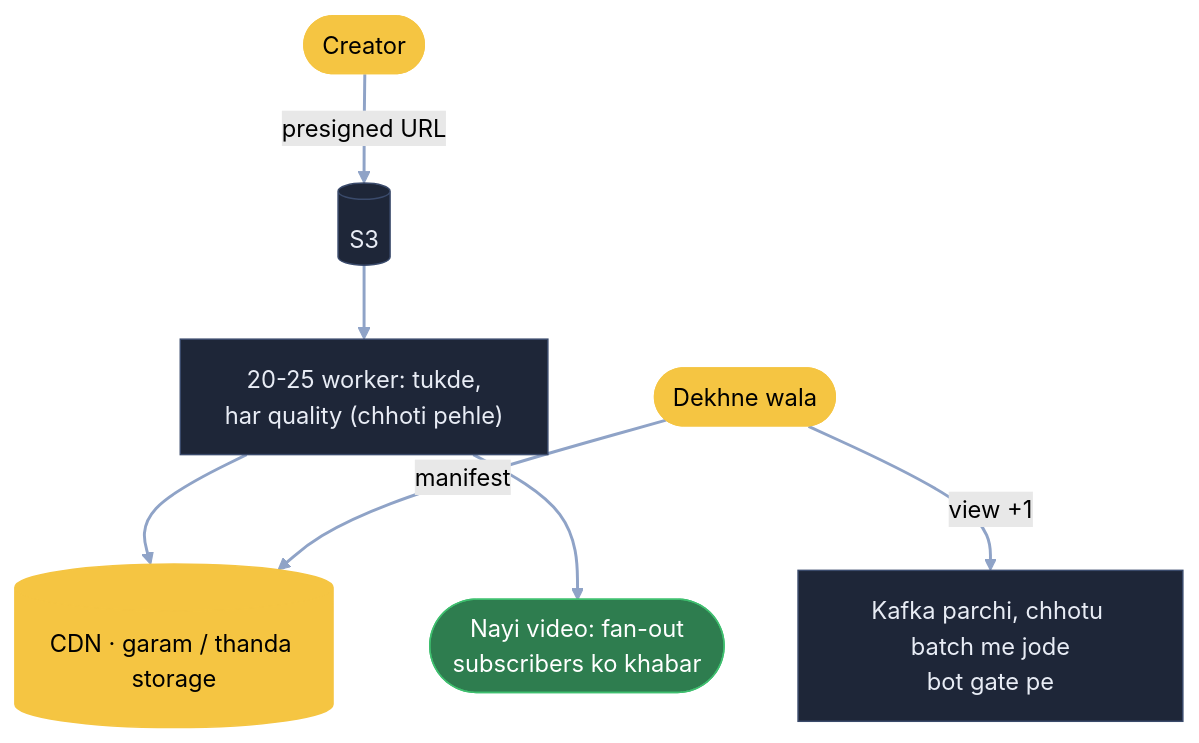
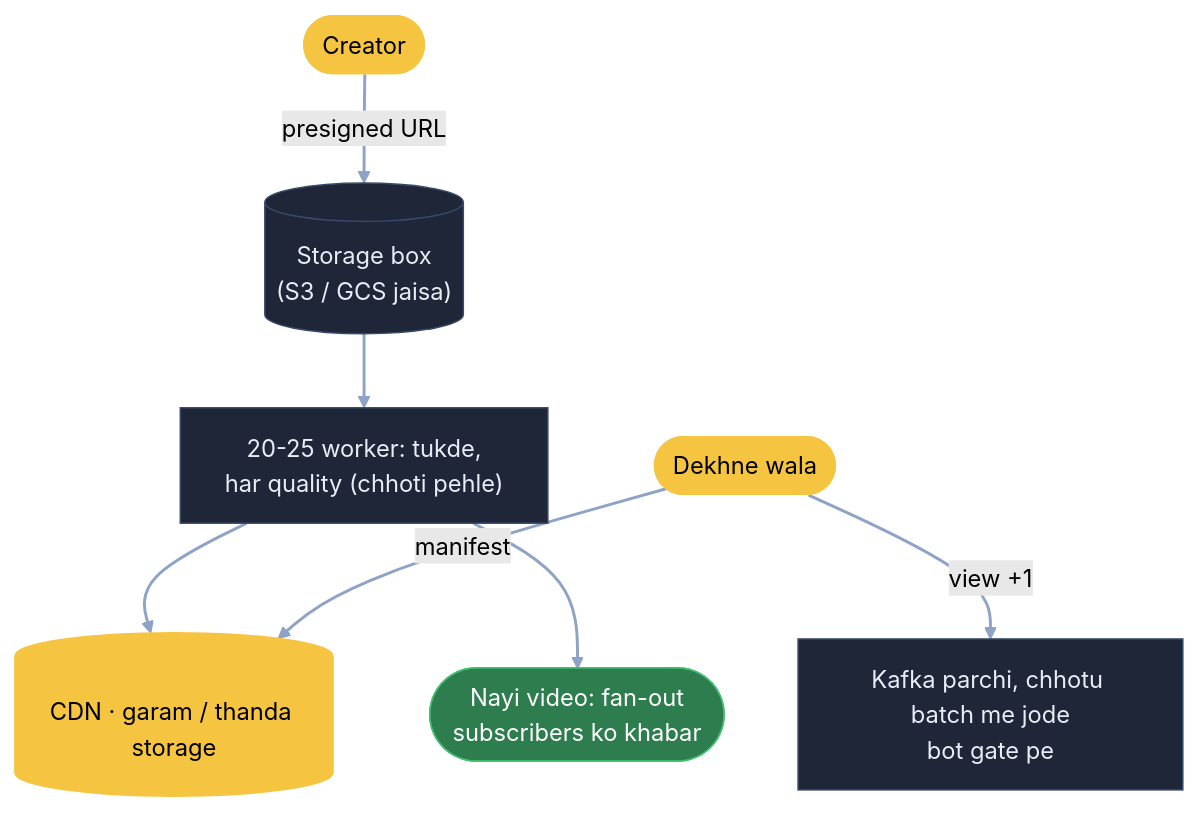
One commit to ArpanMaheshwari144/Prep changed the ninth of 9 diagrams in 04_HLD/SYSTEM_DESIGNS/19_youtube/19_youtube.md. Above: the diagram before and after it, drawn with Mermaid (forest theme). The commit also changed other lines of this file and 1 other file, not shown here.

Commit message:
YouTube 19: round (FR / NFR, numbers, dhaancha, API) + 5 nayi misaal; S3 ki jagah storage box

````diff
--- a/04_HLD/SYSTEM_DESIGNS/19_youtube/19_youtube.md
+++ b/04_HLD/SYSTEM_DESIGNS/19_youtube/19_youtube.md
@@ -391,14 +426,14 @@
 ```mermaid
 flowchart TB
-    CR(["Creator"]):::pill -- "presigned URL" --> S3[("S3")]:::card
+    CR(["Creator"]):::pill -- "presigned URL" --> S3[("Storage box<br/>(S3 / GCS jaisa)")]:::card
     S3 --> W["20-25 worker: tukde,<br/>har quality (chhoti pehle)"]:::card
     W --> CDN[("CDN · garam / thanda storage")]:::pill
     V(["Dekhne wala"]):::pill -- "manifest" --> CDN
     V -- "view +1" --> K["Kafka parchi, chhotu batch me jode<br/>bot gate pe"]:::card
     W --> FO(["Nayi video: fan-out<br/>subscribers ko khabar"]):::good
     linkStyle default stroke:#8fa3c7,stroke-width:2px
     classDef card fill:#1e2638,stroke:#3a4a6b,color:#e8ecf5
     classDef pill fill:#f5c542,stroke:#f5c542,color:#000
     classDef good fill:#2e7d4f,stroke:#3fbf6f,color:#fff
     classDef bad fill:#5c1f24,stroke:#e05561,color:#fff
 ```
````
